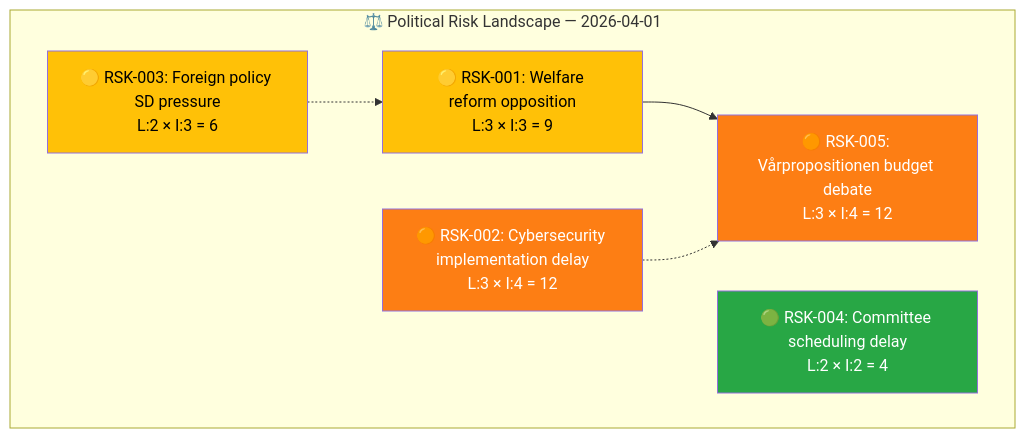
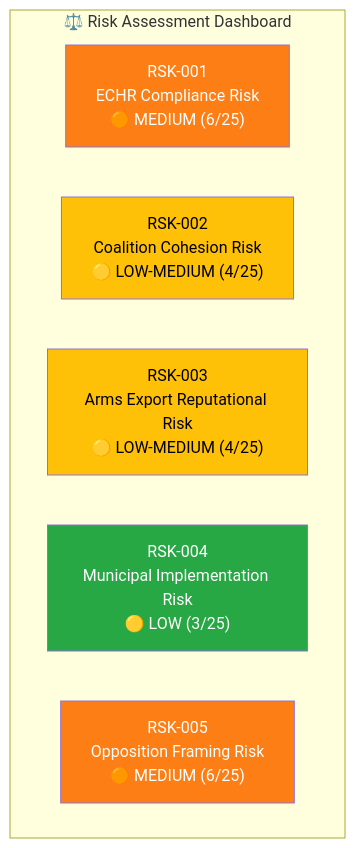
Before and after one commit to Hack23/riksdagsmonitor: the first of 2 diagrams in analysis/daily/2026-04-01/risk-assessment.md, drawn with Mermaid. The commit also changed other lines of this file and 74 other files, not shown here.

````diff
--- a/analysis/daily/2026-04-01/risk-assessment.md
+++ b/analysis/daily/2026-04-01/risk-assessment.md
@@ -21,20 +12,16 @@
 ```mermaid
 graph TD
-    subgraph "⚖️ Political Risk Landscape — 2026-04-01"
-        R1["🟡 RSK-001: Welfare reform opposition<br/>L:3 × I:3 = 9"]
-        R2["🟠 RSK-002: Cybersecurity implementation delay<br/>L:3 × I:4 = 12"]
-        R3["🟡 RSK-003: Foreign policy SD pressure<br/>L:2 × I:3 = 6"]
-        R4["🟢 RSK-004: Committee scheduling delay<br/>L:2 × I:2 = 4"]
-        R5["🟠 RSK-005: Vårpropositionen budget debate<br/>L:3 × I:4 = 12"]
+    subgraph "⚖️ Risk Assessment Dashboard"
+        R1["RSK-001<br/>ECHR Compliance Risk<br/>🟠 MEDIUM (6/25)"]
+        R2["RSK-002<br/>Coalition Cohesion Risk<br/>🟡 LOW-MEDIUM (4/25)"]
+        R3["RSK-003<br/>Arms Export Reputational Risk<br/>🟡 LOW-MEDIUM (4/25)"]
+        R4["RSK-004<br/>Municipal Implementation Risk<br/>🟡 LOW (3/25)"]
+        R5["RSK-005<br/>Opposition Framing Risk<br/>🟠 MEDIUM (6/25)"]
     end
 
-    R1 --> R5
-    R2 -.-> R5
-    R3 -.-> R1
-
-    style R1 fill:#ffc107,color:#000
-    style R2 fill:#fd7e14,color:#fff
+    style R1 fill:#fd7e14,color:#fff
+    style R2 fill:#ffc107,color:#000
     style R3 fill:#ffc107,color:#000
     style R4 fill:#28a745,color:#fff
     style R5 fill:#fd7e14,color:#fff
 ```
````
